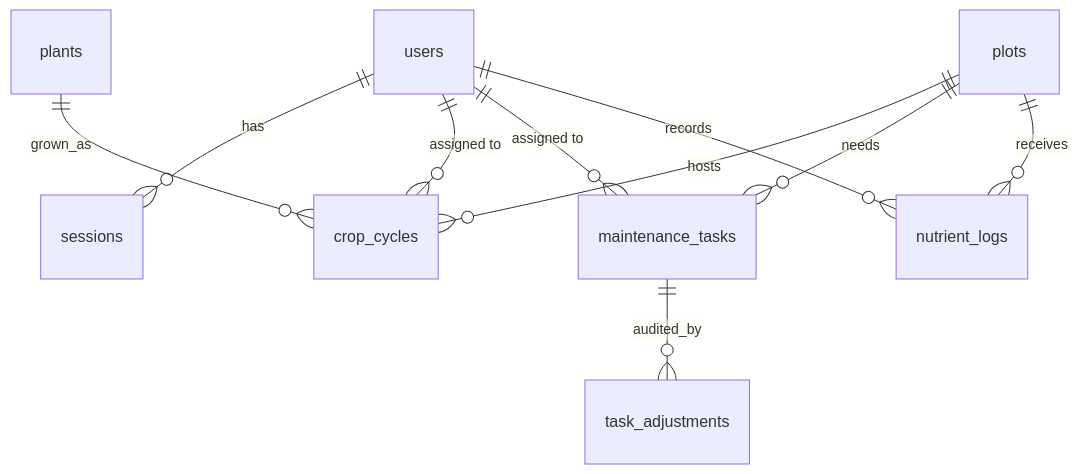
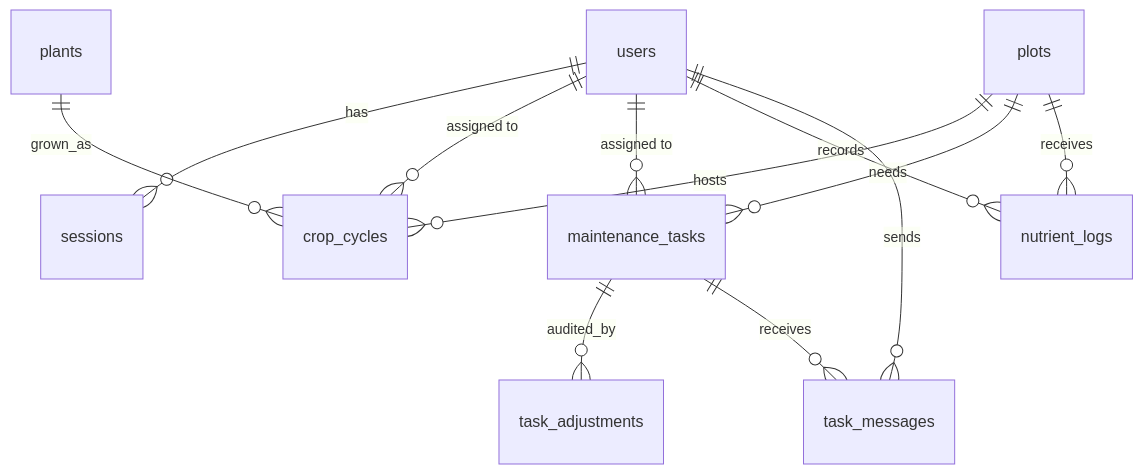
The second of 2 diagrams in README.md (Deuizxc/Botaniq), drawn with Mermaid before and after one commit. The commit also changed other lines of this file and 1 other file, not shown here.

````diff
--- a/README.md
+++ b/README.md
@@ -156,12 +162,14 @@
 ```mermaid
 erDiagram
     users ||--o{ sessions : has
     users ||--o{ crop_cycles : "assigned to"
     users ||--o{ maintenance_tasks : "assigned to"
     users ||--o{ nutrient_logs : records
     plants ||--o{ crop_cycles : grown_as
     plots ||--o{ crop_cycles : hosts
     plots ||--o{ maintenance_tasks : needs
     plots ||--o{ nutrient_logs : receives
     maintenance_tasks ||--o{ task_adjustments : audited_by
+    maintenance_tasks ||--o{ task_messages : receives
+    users ||--o{ task_messages : sends
 ```
````
